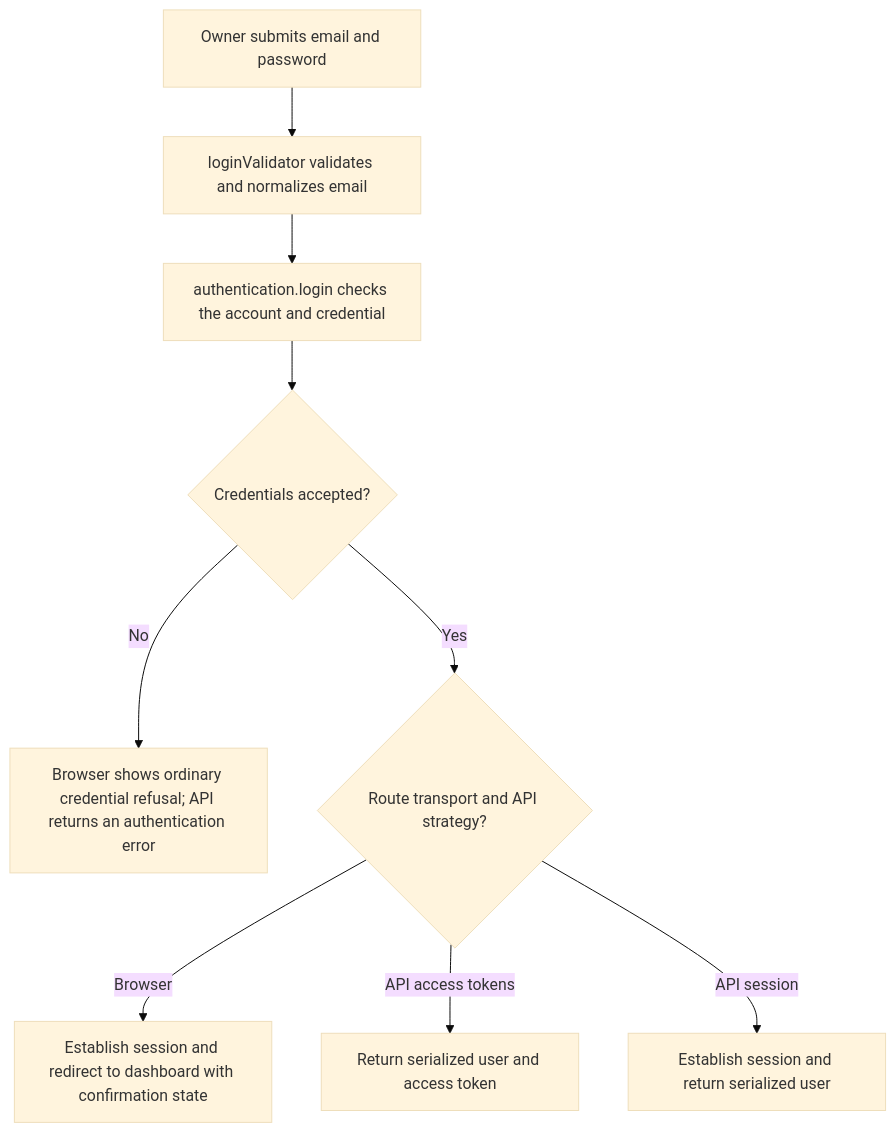
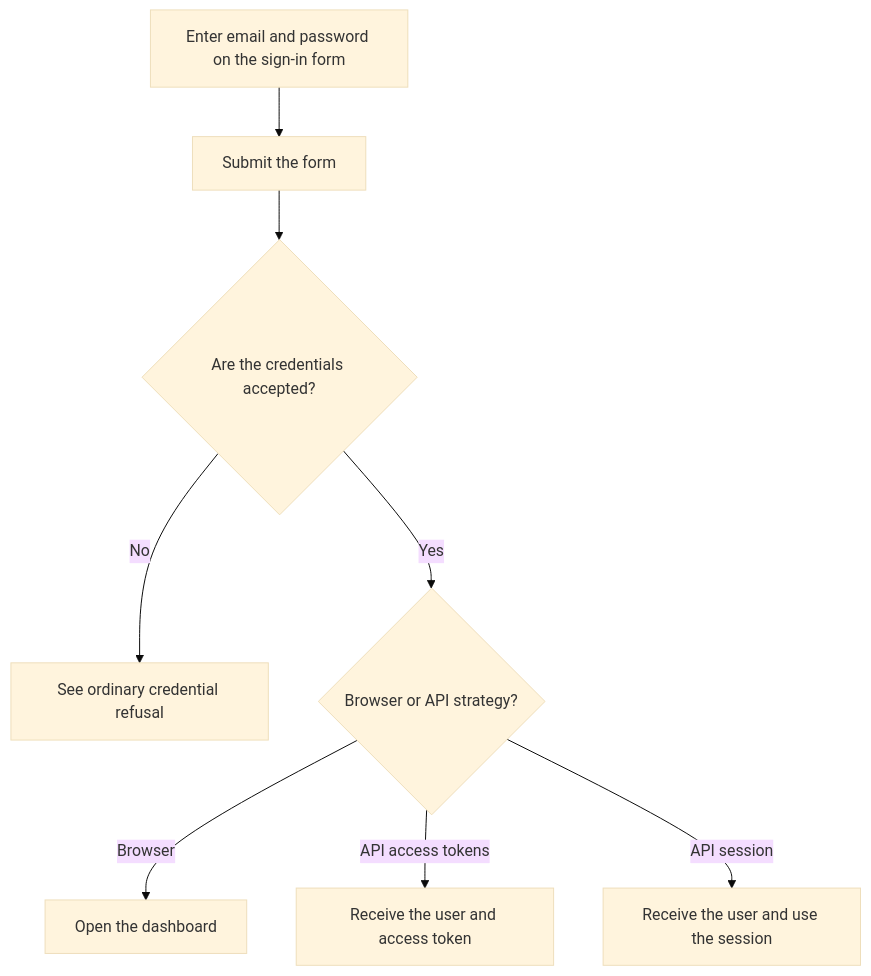
One commit to Kevinjohn/oss-adonisjs-starter-examples changed the first of 2 diagrams in user-stories/accounts/us-account-02-sign-in.md. Above: the diagram before and after it, drawn with Mermaid (base theme). The commit also changed 29 other files, not shown here.

````diff
--- a/user-stories/accounts/us-account-02-sign-in.md
+++ b/user-stories/accounts/us-account-02-sign-in.md
@@ -26,11 +26,10 @@
 ```mermaid
 flowchart TD
-    A["Owner submits email and password"] --> B["loginValidator validates and normalizes email"]
-    B --> C["authentication.login checks the account and credential"]
-    C --> D{"Credentials accepted?"}
-    D -->|No| E["Browser shows ordinary credential refusal; API returns an authentication error"]
-    D -->|Yes| F{"Route transport and API strategy?"}
-    F -->|Browser| G["Establish session and redirect to dashboard with confirmation state"]
-    F -->|API access tokens| H["Return serialized user and access token"]
-    F -->|API session| I["Establish session and return serialized user"]
+    A["Enter email and password on the sign-in form"] --> B["Submit the form"]
+    B --> C{"Are the credentials accepted?"}
+    C -->|No| D["See ordinary credential refusal"]
+    C -->|Yes| E{"Browser or API strategy?"}
+    E -->|Browser| F["Open the dashboard"]
+    E -->|API access tokens| G["Receive the user and access token"]
+    E -->|API session| H["Receive the user and use the session"]
 ```
````
